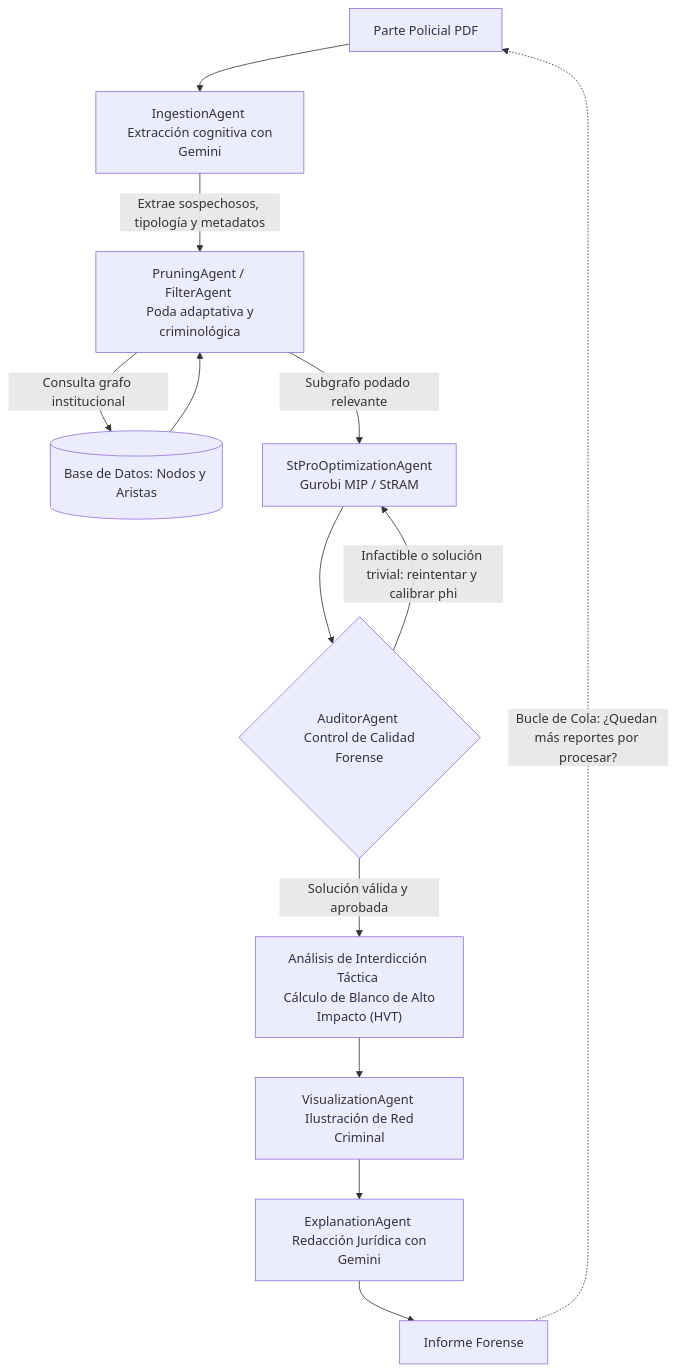
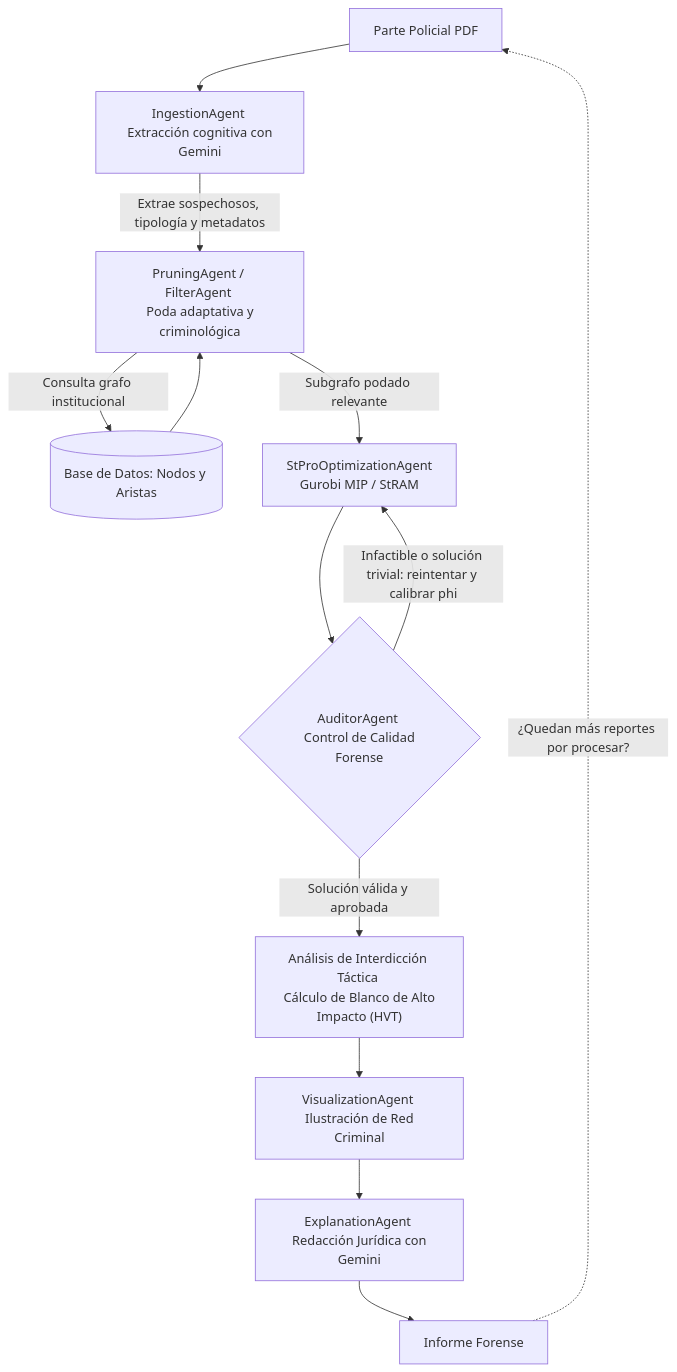
The diagram in README.md (MGS100802/TESIS_FISCALIA), drawn with Mermaid before and after one commit.

Commit message:
Actualizar README.md

````diff
--- a/README.md
+++ b/README.md
@@ -17,21 +17,21 @@
 ```mermaid
 flowchart TD
     A["Parte Policial PDF"] --> B["IngestionAgent <br> Extracción cognitiva con Gemini"]
     B -->|"Extrae sospechosos, tipología y metadatos"| C["PruningAgent / FilterAgent <br> Poda adaptativa y criminológica"]
     
     C -->|"Consulta grafo institucional"| D[("Base de Datos: Nodos y Aristas")]
     D --> C
     
     C -->|"Subgrafo podado relevante"| E["StProOptimizationAgent <br> Gurobi MIP / StRAM"]
     
     E --> F{"AuditorAgent <br> Control de Calidad Forense"}
     
     F -->|"Infactible o solución trivial: reintentar y calibrar phi"| E
     F -->|"Solución válida y aprobada"| G["Análisis de Interdicción Táctica <br> Cálculo de Blanco de Alto Impacto (HVT)"]
     
     G --> H["VisualizationAgent <br> Ilustración de Red Criminal"]
     H --> I["ExplanationAgent <br> Redacción Jurídica con Gemini"]
     I --> J["Informe Forense"]
     
-    J -.->|"Bucle de Cola: ¿Quedan más reportes por procesar?"| A
+    J -.->|"¿Quedan más reportes por procesar?"| A
 ```
````
